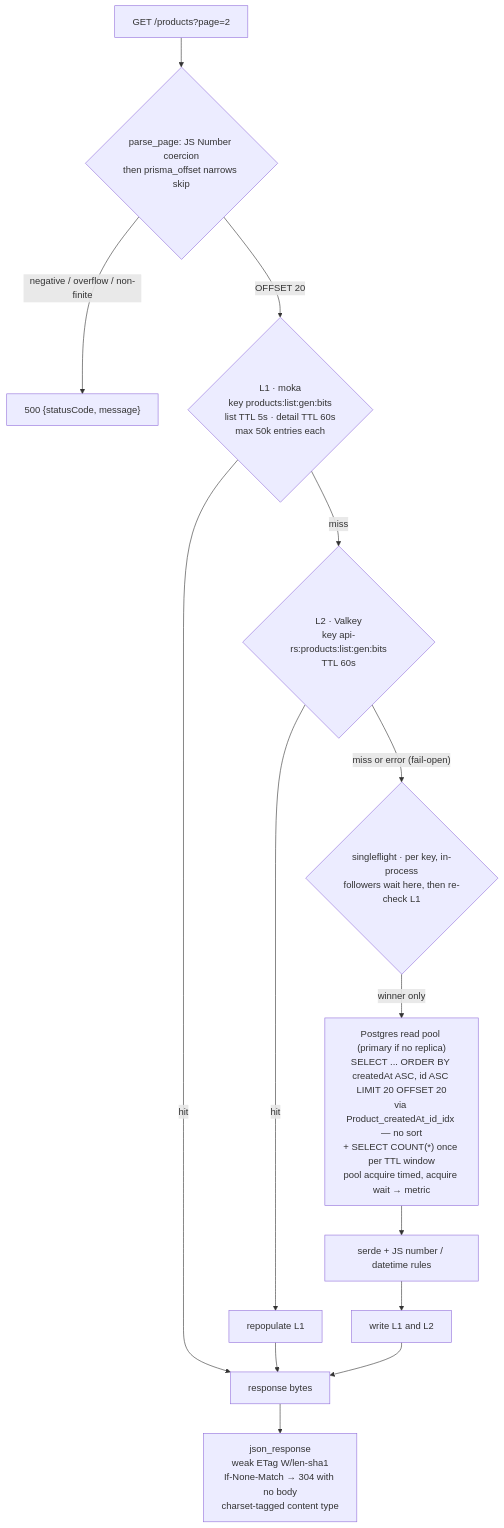
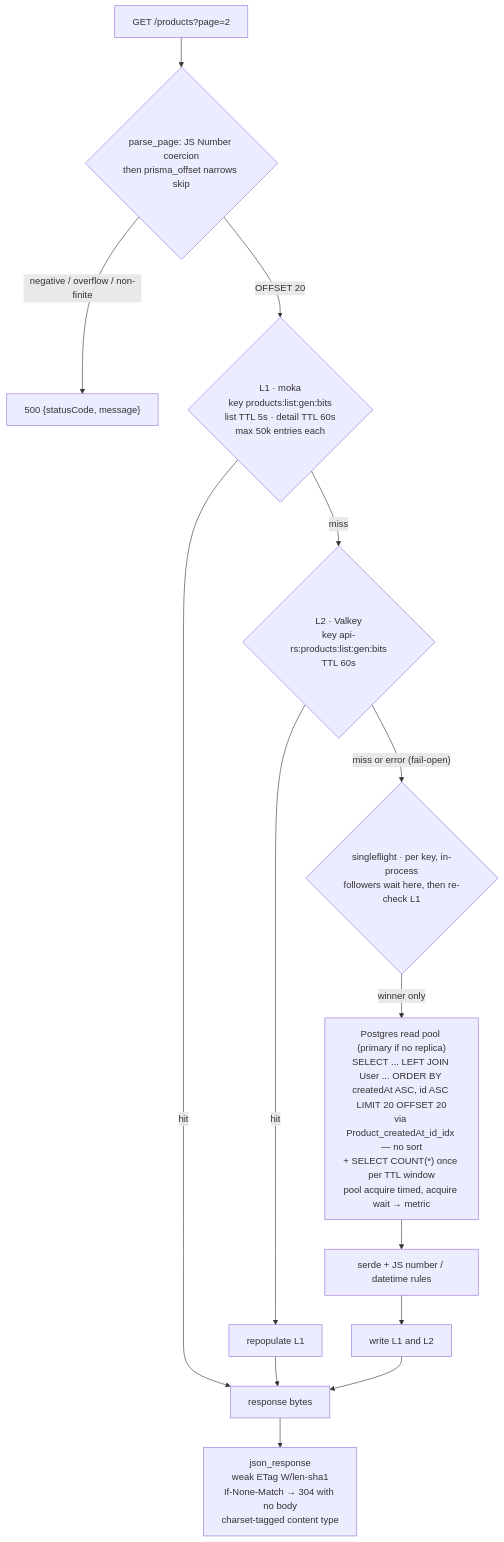
Before and after one commit to yamid-granda/react-native-and-web: the third of 6 diagrams in api-rs/ARCHITECTURE.md, drawn with Mermaid. The commit also changed other lines of this file and 111 other files, not shown here.

````diff
--- a/api-rs/ARCHITECTURE.md
+++ b/api-rs/ARCHITECTURE.md
@@ -157,15 +171,15 @@
 ```mermaid
 flowchart TD
     req["GET /products?page=2"] --> parse{"parse_page: JS Number coercion<br/>then prisma_offset narrows skip"}
     parse -->|"negative / overflow / non-finite"| e500["500 {statusCode, message}"]
     parse -->|"OFFSET 20"| l1{"L1 · moka<br/>key products:list:gen:bits<br/>list TTL 5s · detail TTL 60s<br/>max 50k entries each"}
     l1 -->|"hit"| body["response bytes"]
     l1 -->|"miss"| l2{"L2 · Valkey<br/>key api-rs:products:list:gen:bits<br/>TTL 60s"}
     l2 -->|"hit"| repop["repopulate L1"] --> body
     l2 -->|"miss or error (fail-open)"| flight{"singleflight · per key, in-process<br/>followers wait here, then re-check L1"}
-    flight -->|"winner only"| pg["Postgres read pool (primary if no replica)<br/>SELECT ... ORDER BY createdAt ASC, id ASC LIMIT 20 OFFSET 20<br/>via Product_createdAt_id_idx — no sort<br/>+ SELECT COUNT(*) once per TTL window<br/>pool acquire timed, acquire wait → metric"]
+    flight -->|"winner only"| pg["Postgres read pool (primary if no replica)<br/>SELECT ... LEFT JOIN User ... ORDER BY createdAt ASC, id ASC LIMIT 20 OFFSET 20<br/>via Product_createdAt_id_idx — no sort<br/>+ SELECT COUNT(*) once per TTL window<br/>pool acquire timed, acquire wait → metric"]
     pg --> ser["serde + JS number / datetime rules"]
     ser --> fill["write L1 and L2"]
     fill --> body
     body --> resp["json_response<br/>weak ETag W/len-sha1<br/>If-None-Match → 304 with no body<br/>charset-tagged content type"]
 ```
````
